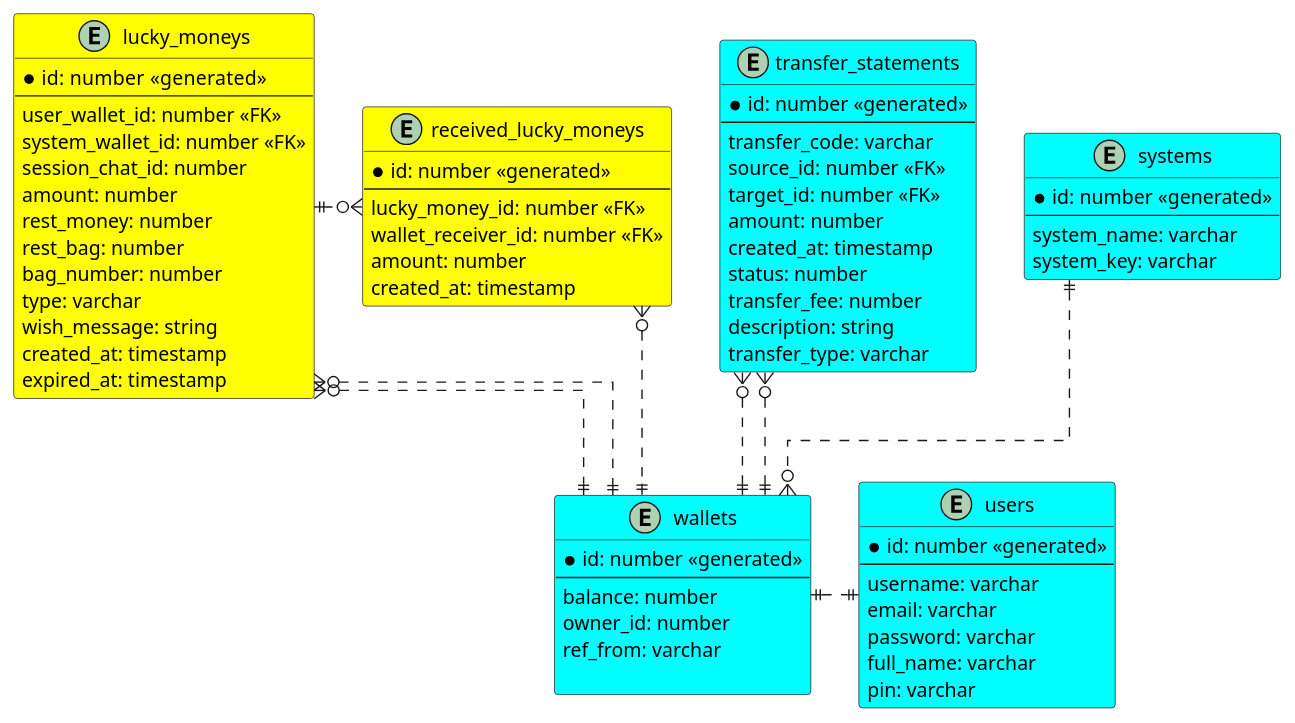
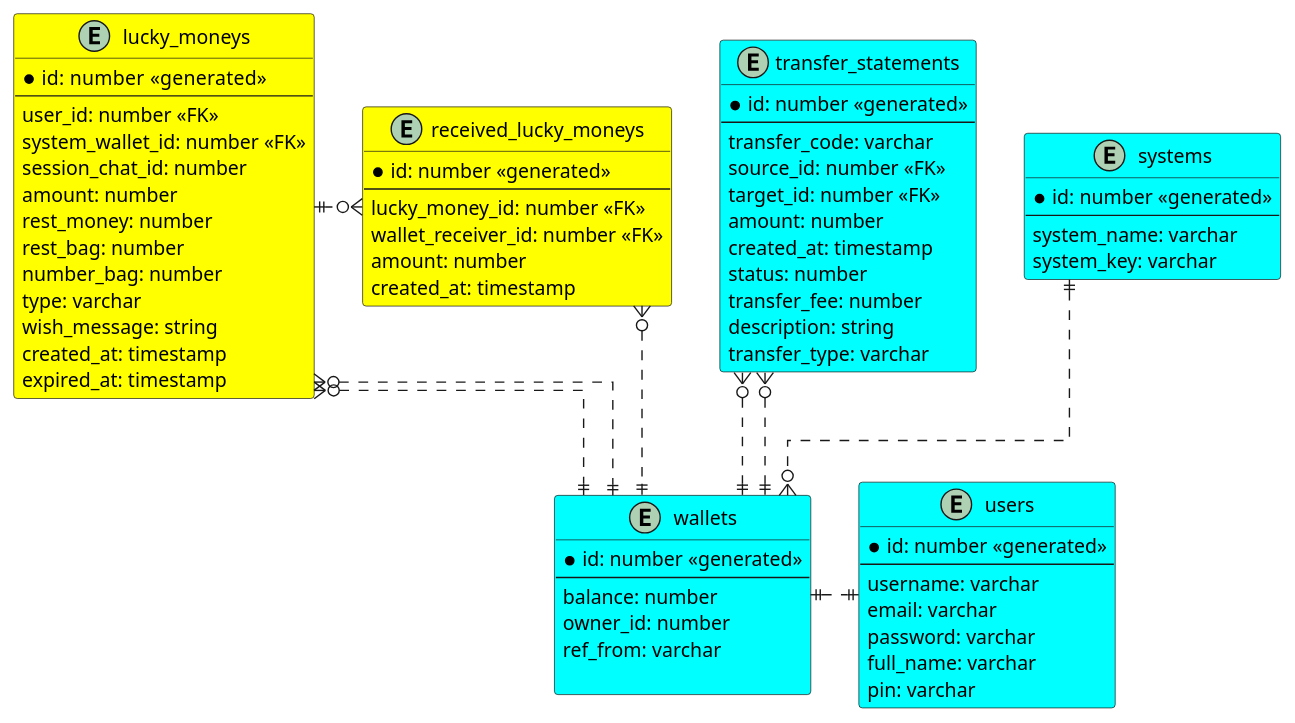
The diagram in documents/uml/system design/database_diagram.puml (ntan1902/hey-app), drawn with PlantUML before and after one commit. The commit also changed 25 other files, not shown here.

```diff
--- a/documents/uml/system design/database_diagram.puml
+++ b/documents/uml/system design/database_diagram.puml
@@ -2,103 +2,103 @@
 @startuml
 
 ' hide the spot
 ' hide circle
 
 ' avoid problems with angled crows feet
 skinparam linetype ortho
 
 entity "users" as users #Aqua{
     *id: number <<generated>>
     --
     username: varchar
     email: varchar
     password: varchar
     full_name: varchar
     pin: varchar
 }
 
 ' LuckyMoney system: 
 ' - system_name: LuckyMoney
 ' - system_key: 
 ' ----> Request Auth system -> JWToken system 
 ' LuckyMoney vS Payment 
 ' LuckyMoney ----> Request Auth system -> JWToken system
 ' LuckyMoney dùng JWToken vừa có để request danh sách  wallets của nó
 ' sử dụng list wallets này ntn thì tuỳ nó 
 
 ' LuckyMoney request lên payment chuyển tiền. Tới... với cái
 ' wallet id nào của nó  
 
 entity "systems" #Aqua{
     *id: number <<generated>>
     --
     system_name: varchar
     system_key: varchar
 }
 
 
 entity "wallets" as wallets #Aqua{
     *id: number <<generated>>
     --
     balance: number    
     owner_id: number
     ref_from: varchar
     
 }
 
 entity "transfer_statements" as transfer_statements #Aqua {
     *id: number <<generated>>
     --
     transfer_code: varchar
     source_id: number <<FK>>
     target_id: number <<FK>>
     amount: number
     created_at: timestamp
     status: number
     transfer_fee: number
     description: string
     transfer_type: varchar
 }
 
 entity "lucky_moneys" as lucky_moneys #Yellow{
     *id: number  <<generated>>
     --
-    user_wallet_id: number <<FK>>
+    user_id: number <<FK>>
     system_wallet_id: number <<FK>>
     session_chat_id: number
     amount: number
     rest_money: number
     rest_bag: number
-    bag_number: number
+    number_bag: number
     type: varchar
     wish_message: string
     created_at: timestamp
     expired_at: timestamp
 }
 
 entity "received_lucky_moneys" as received_luckey_moneys #Yellow{
     *id: number <<generated>>
     --
     lucky_money_id: number <<FK>>
     wallet_receiver_id: number <<FK>>
     amount: number
     created_at: timestamp
 }
 
 wallets ||.up.o{ transfer_statements
 wallets ||.up.o{ transfer_statements
 
 wallets ||.up.o{ lucky_moneys
 wallets ||.up.o{ lucky_moneys
 
 wallets ||.up.o{ received_luckey_moneys
 
 users ||.left.|| wallets
 
 systems ||..o{ wallets
 
 
 lucky_moneys ||.right.o{ received_luckey_moneys
 
 
 @enduml
```
